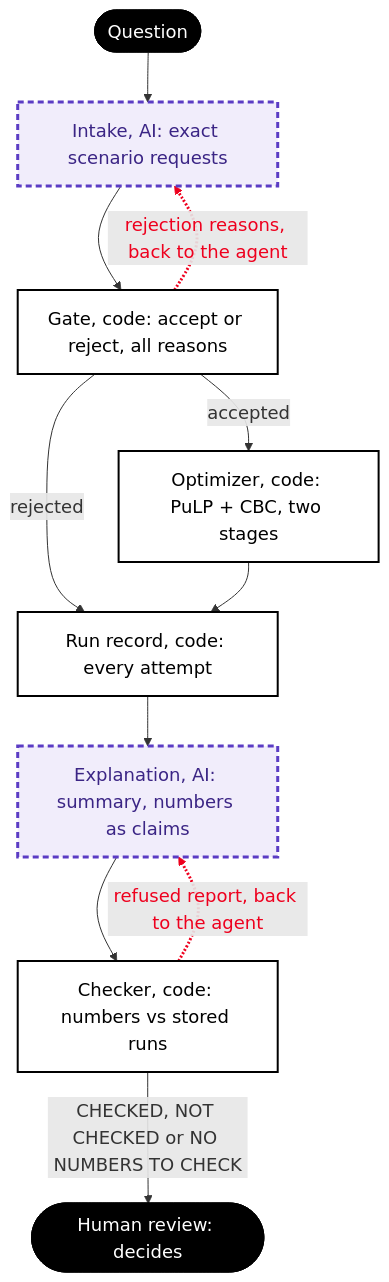
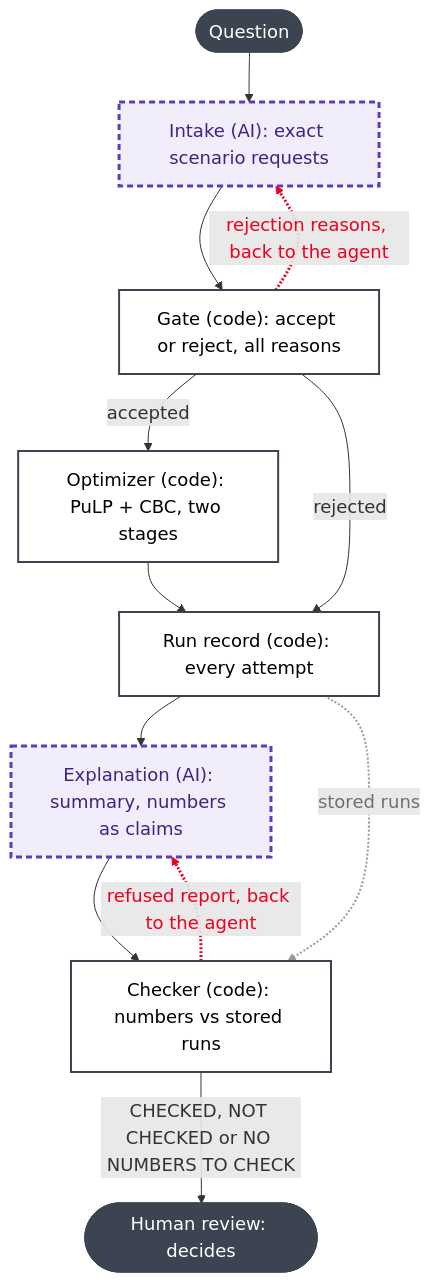
Before and after one commit to ChuLion/happy_toad: the diagram in README.md, drawn with Mermaid.

Commit message:
README diagram: labels as in the image, grey dotted stored-runs edge, accessibility title

````diff
--- a/README.md
+++ b/README.md
@@ -19,21 +19,25 @@
 ```mermaid
 %%{init: {"themeVariables": {"fontSize": "18px"}}}%%
 flowchart TD
-    Q([Question]) --> I[Intake, AI: exact scenario requests]
-    I --> G[Gate, code: accept or reject, all reasons]
-    G -->|accepted| O[Optimizer, code: PuLP + CBC, two stages]
+    accTitle: How an answer is made
+    accDescr: A question goes to Intake (AI), then the Gate (code). Accepted requests go to the Optimizer (code); every attempt is stored in the Run record (code). Explanation (AI) writes a summary with numbers as claims, and the Checker (code) compares them with the stored runs before a person reviews the labelled answer. Rejections and refused reports go back to the agent.
+    Q([Question]) --> I["Intake (AI): exact scenario requests"]
+    I --> G["Gate (code): accept or reject, all reasons"]
+    G -->|accepted| O["Optimizer (code): PuLP + CBC, two stages"]
     G -->|rejected| R
-    O --> R[Run record, code: every attempt]
+    O --> R["Run record (code): every attempt"]
+    R --> E["Explanation (AI): summary, numbers as claims"]
+    E --> C["Checker (code): numbers vs stored runs"]
+    C -->|CHECKED, NOT CHECKED or NO NUMBERS TO CHECK| H(["Human review: decides"])
     G -. rejection reasons, back to the agent .-> I
-    R --> E[Explanation, AI: summary, numbers as claims]
-    E --> C[Checker, code: numbers vs stored runs]
     C -. refused report, back to the agent .-> E
-    C -->|CHECKED, NOT CHECKED or NO NUMBERS TO CHECK| H([Human review: decides])
+    R -. stored runs .-> C
     classDef ai fill:#f1edfb,stroke:#5b3cc4,stroke-width:3px,stroke-dasharray:6 4,color:#3b2585
-    classDef code fill:#ffffff,stroke:#000000,stroke-width:2px,color:#000000
-    classDef person fill:#000000,stroke:#000000,color:#ffffff
+    classDef code fill:#ffffff,stroke:#3d4451,stroke-width:2px,color:#000000
+    classDef person fill:#3d4451,stroke:#3d4451,color:#ffffff
     class I,E ai
     class G,O,R,C code
     class Q,H person
-    linkStyle 5,8 stroke:#ee001e,stroke-width:3px,color:#ee001e
+    linkStyle 8,9 stroke:#ee001e,stroke-width:3px,color:#ee001e
+    linkStyle 10 stroke:#9a9a9a,stroke-width:2px,color:#6f7171
 ```
````
